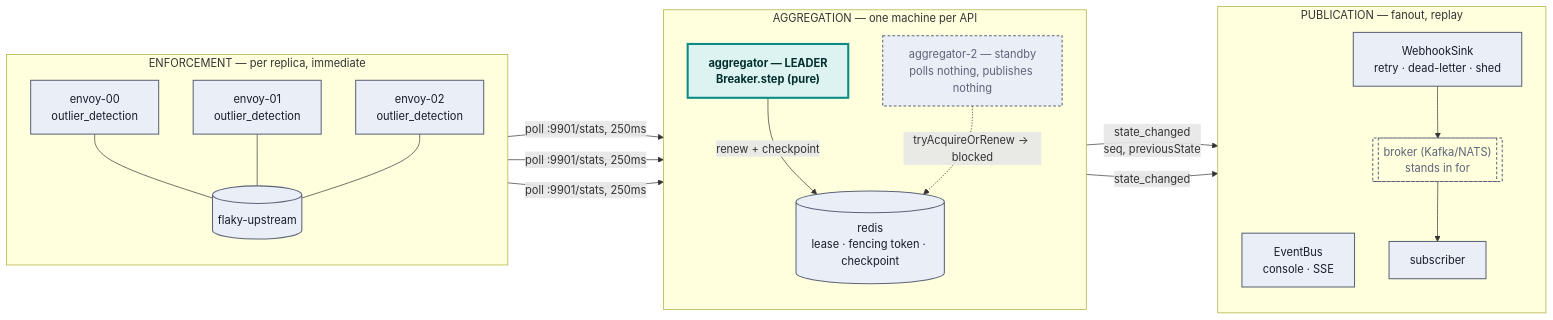
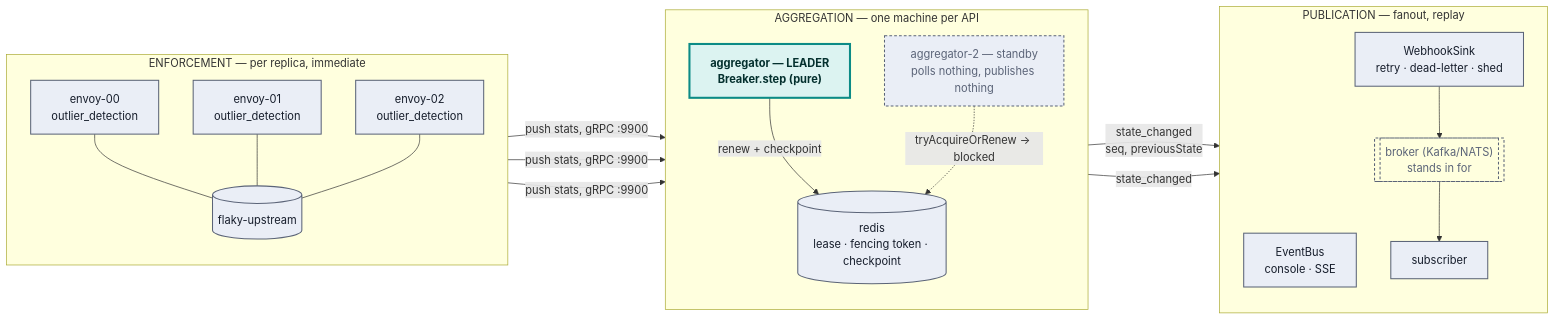
Before and after one commit to lsfera/circuit-breaker-unboxing: the third of 5 diagrams in README.md, drawn with Mermaid. The commit also changed 7 other files, not shown here.

````diff
--- a/README.md
+++ b/README.md
@@ -210,42 +210,42 @@
 ```mermaid
 flowchart LR
   classDef leader fill:#dcf3f1,stroke:#0c8b86,stroke-width:3px,color:#04302e,font-weight:bold;
   classDef standby fill:#eaeef6,stroke:#5b6478,stroke-width:1.5px,stroke-dasharray: 4 3,color:#5b6478;
   classDef box fill:#eaeef6,stroke:#5b6478,stroke-width:1.5px,color:#161d2b;
   classDef broker fill:transparent,stroke:#5b6478,stroke-width:1.5px,stroke-dasharray:4 3,color:#5b6478;
 
   subgraph ENFORCEMENT["ENFORCEMENT — per replica, immediate"]
     direction TB
     e0["envoy-00<br/>outlier_detection"]:::box
     e1["envoy-01<br/>outlier_detection"]:::box
     e2["envoy-02<br/>outlier_detection"]:::box
     up[("flaky-upstream")]:::box
     e0 --- up
     e1 --- up
     e2 --- up
   end
 
   subgraph AGGREGATION["AGGREGATION — one machine per API"]
     direction TB
     lead["aggregator — LEADER<br/>Breaker.step (pure)"]:::leader
     stby["aggregator-2 — standby<br/>polls nothing, publishes nothing"]:::standby
     redis[("redis<br/>lease · fencing token · checkpoint")]:::box
     lead -->|renew + checkpoint| redis
     stby -.->|tryAcquireOrRenew → blocked| redis
   end
 
   subgraph PUBLICATION["PUBLICATION — fanout, replay"]
     direction TB
     bus["EventBus<br/>console · SSE"]:::box
     hook["WebhookSink<br/>retry · dead-letter · shed"]:::box
     broker[["broker (Kafka/NATS)<br/>stands in for"]]:::broker
     sub["subscriber"]:::box
     hook --> broker --> sub
   end
 
-  e0 -->|"poll :9901/stats, 250ms"| lead
-  e1 -->|"poll :9901/stats, 250ms"| lead
-  e2 -->|"poll :9901/stats, 250ms"| lead
+  e0 -->|"push stats, gRPC :9900"| lead
+  e1 -->|"push stats, gRPC :9900"| lead
+  e2 -->|"push stats, gRPC :9900"| lead
   lead -->|"state_changed<br/>seq, previousState"| bus
   lead -->|state_changed| hook
 ```
````
